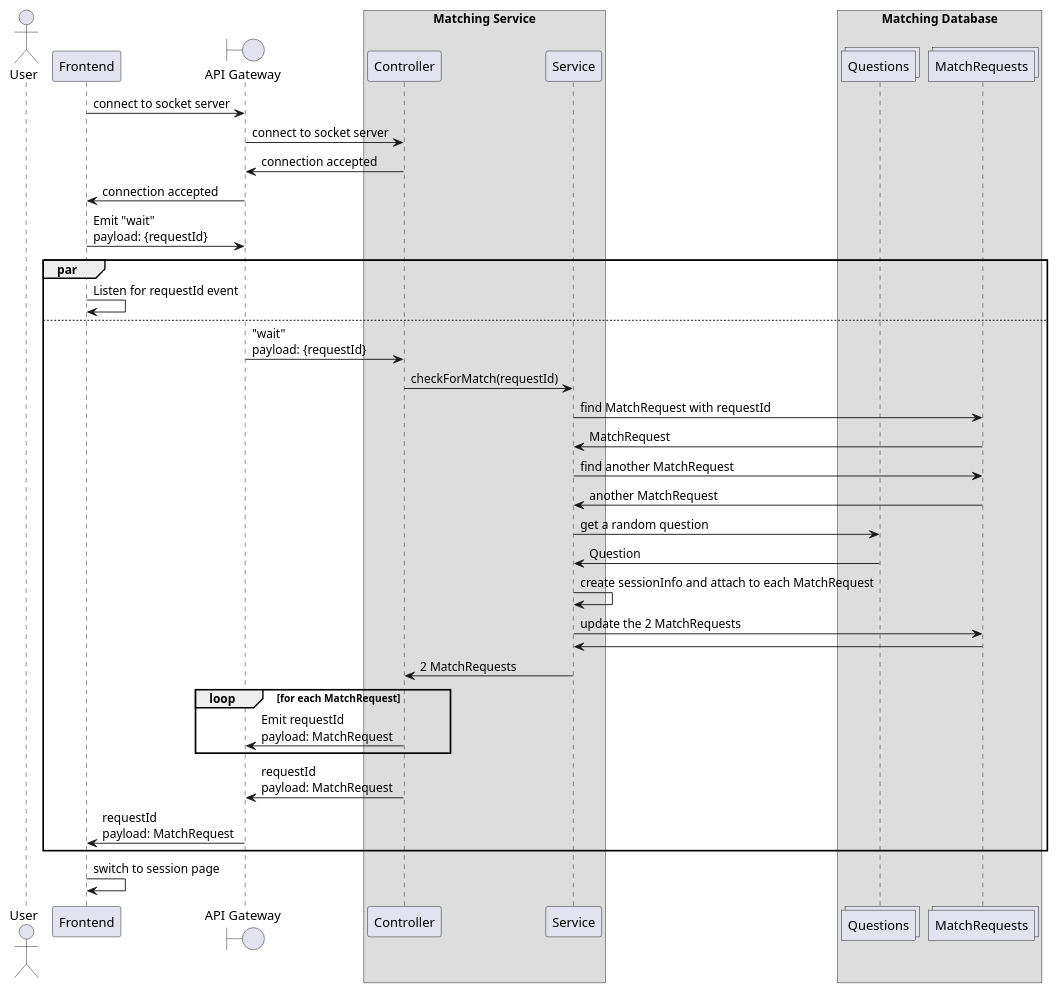
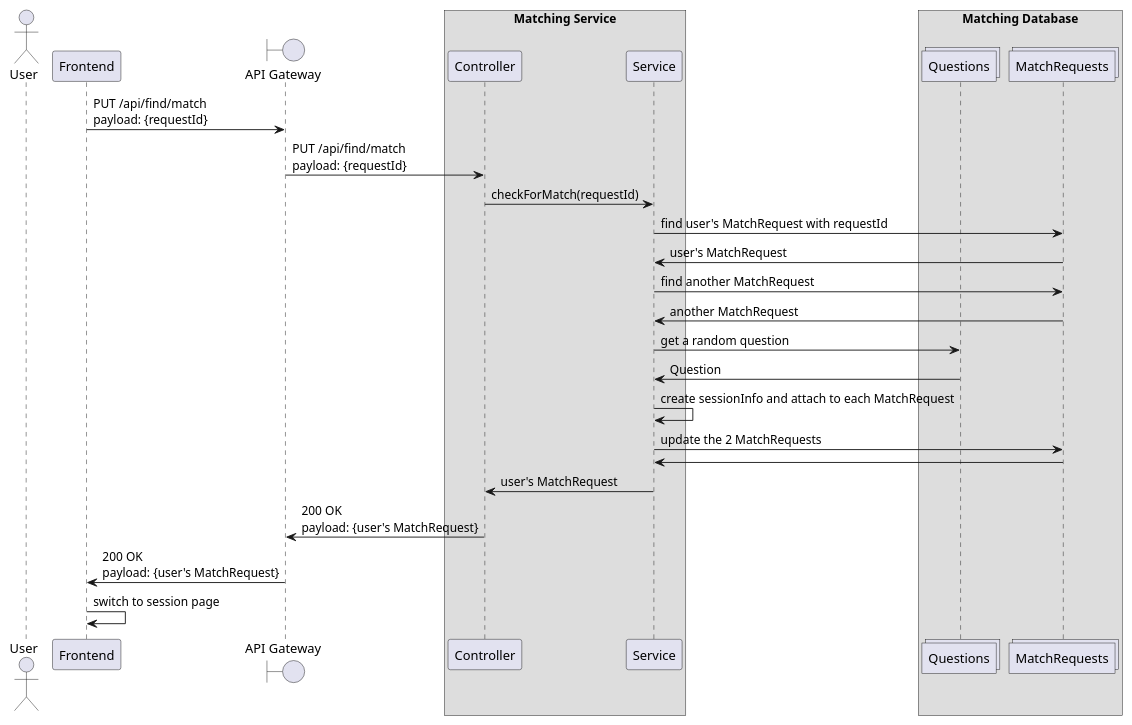
One commit to CS3219-SE-Principles-and-Patterns/cs3219-project-ay2122-2122-s1-g15 changed the diagram in services/matching/docs/sequence_find-match.puml. Above: the diagram before and after it, drawn with PlantUML. The commit also changed 3 other files, not shown here.

Commit message:
modify puml diagrams

```diff
--- a/services/matching/docs/sequence_find-match.puml
+++ b/services/matching/docs/sequence_find-match.puml
@@ -1,41 +1,29 @@
 @startuml
 actor User as user
 participant "Frontend" as webapp
 boundary "API Gateway" as gateway
 box "Matching Service"
 participant "Controller" as controller
 participant "Service" as service
 end box
 box "Matching Database"
 collections Questions as questions
 collections MatchRequests as matchrequests
 
-
-webapp -> gateway: connect to socket server
-gateway -> controller: connect to socket server
-controller -> gateway: connection accepted
-gateway -> webapp: connection accepted
-webapp -> gateway: Emit "wait" \npayload: {requestId}
-par
-webapp -> webapp: Listen for requestId event
-else
-gateway -> controller: "wait" \npayload: {requestId}
+webapp -> gateway: PUT /api/find/match\npayload: {requestId}
+gateway -> controller: PUT /api/find/match\npayload: {requestId}
 controller -> service: checkForMatch(requestId)
-service -> matchrequests: find MatchRequest with requestId
-matchrequests -> service: MatchRequest
+service -> matchrequests: find user's MatchRequest with requestId
+matchrequests -> service: user's MatchRequest
 service -> matchrequests: find another MatchRequest
 matchrequests -> service: another MatchRequest
 service -> questions: get a random question
 questions -> service: Question
 service -> service : create sessionInfo and attach to each MatchRequest
 service -> matchrequests: update the 2 MatchRequests
 matchrequests -> service
-service -> controller: 2 MatchRequests
-loop for each MatchRequest
-controller -> gateway: Emit requestId \npayload: MatchRequest
-end
-controller -> gateway: requestId \npayload: MatchRequest
-gateway -> webapp: requestId \npayload: MatchRequest
-end
+service -> controller: user's MatchRequest
+controller -> gateway: 200 OK\npayload: {user's MatchRequest}
+gateway -> webapp: 200 OK\npayload: {user's MatchRequest}
 webapp-> webapp: switch to session page
 @enduml
```
